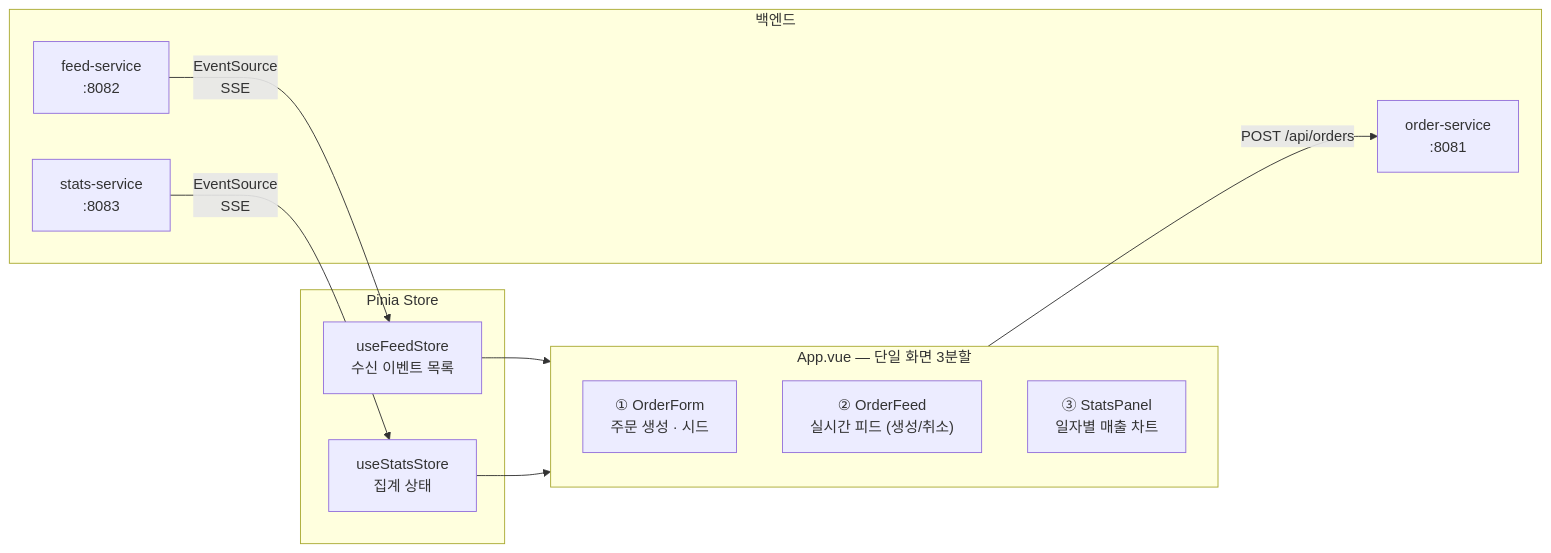
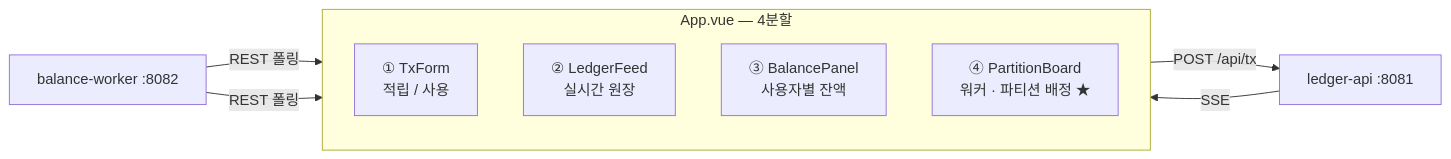
One commit to ytw9699/kafka_study changed the sixth of 7 diagrams in docs/planning/02-architecture.md. Above: the diagram before and after it, drawn with Mermaid. The commit also changed other lines of this file and 20 other files, not shown here.

````diff
--- a/docs/planning/02-architecture.md
+++ b/docs/planning/02-architecture.md
@@ -223,24 +251,14 @@
 ```mermaid
 flowchart LR
-    subgraph APP["App.vue — 단일 화면 3분할"]
+    subgraph APP["App.vue — 4분할"]
         direction TB
-        A["① OrderForm<br/>주문 생성 · 시드"]
-        B["② OrderFeed<br/>실시간 피드 (생성/취소)"]
-        C["③ StatsPanel<br/>일자별 매출 차트"]
+        A["① TxForm<br/>적립 / 사용"]
+        B["② LedgerFeed<br/>실시간 원장"]
+        C["③ BalancePanel<br/>사용자별 잔액"]
+        D["④ PartitionBoard<br/>워커 · 파티션 배정 ★"]
     end
-
-    subgraph STORE["Pinia Store"]
-        S1["useFeedStore<br/>수신 이벤트 목록"]
-        S2["useStatsStore<br/>집계 상태"]
-    end
-
-    subgraph API["백엔드"]
-        O["order-service<br/>:8081"]
-        F["feed-service<br/>:8082"]
-        T["stats-service<br/>:8083"]
-    end
-
-    A -->|"POST /api/orders"| O
-    F -->|"EventSource<br/>SSE"| S1 --> B
-    T -->|"EventSource<br/>SSE"| S2 --> C
+    A -->|"POST /api/tx"| LA["ledger-api :8081"]
+    LA -->|"SSE"| B
+    BW["balance-worker :8082"] -->|"REST 폴링"| C
+    BW -->|"REST 폴링"| D
 ```
````
